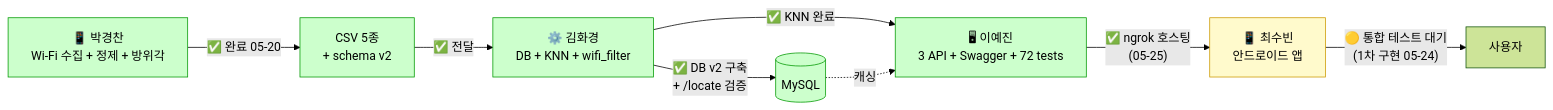
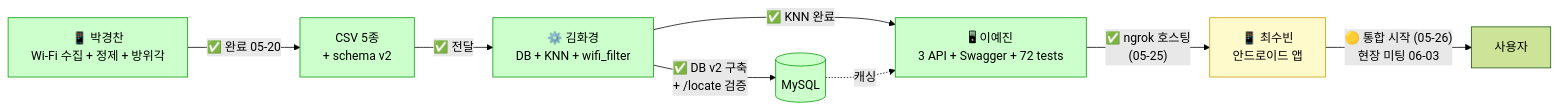
One commit to ajou-udangtangtang/subway-navigation-server changed the diagram in docs/10-진행이력.md. Above: the diagram before and after it, drawn with Mermaid (forest theme). The commit also changed other lines of this file and 3 other files, not shown here.

````diff
--- a/docs/10-진행이력.md
+++ b/docs/10-진행이력.md
@@ -355,24 +374,24 @@
 ```mermaid
 flowchart LR
     A["📱 박경찬<br/>Wi-Fi 수집 + 정제 + 방위각"]
     B[CSV 5종<br/>+ schema v2]
     C["⚙️ 김화경<br/>DB + KNN + wifi_filter"]
     D[(MySQL)]
     E["🖥 이예진<br/>3 API + Swagger + 72 tests"]
     F["📱 최수빈<br/>안드로이드 앱"]
     G[사용자]
 
     A -- "✅ 완료 05-20" --> B
     B -- "✅ 전달" --> C
     C -- "✅ DB v2 구축<br/>+ /locate 검증" --> D
     C -- "✅ KNN 완료" --> E
     D -. 캐싱 .-> E
     E -- "✅ ngrok 호스팅<br/>(05-25)" --> F
-    F -- "🟡 통합 테스트 대기<br/>(1차 구현 05-24)" --> G
+    F -- "🟡 통합 시작 (05-26)<br/>현장 미팅 06-03" --> G
 
     classDef done fill:#ccffcc,stroke:#009900
     classDef wip fill:#fffacc,stroke:#cc9900
     classDef wait fill:#eeeeee,stroke:#999999
     class A,B,C,D,E done
     class F wip
 ```
````
